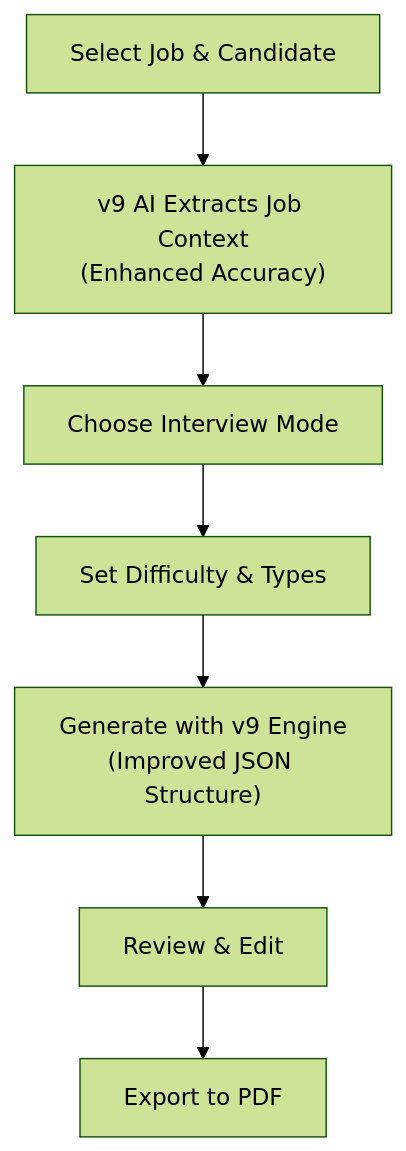
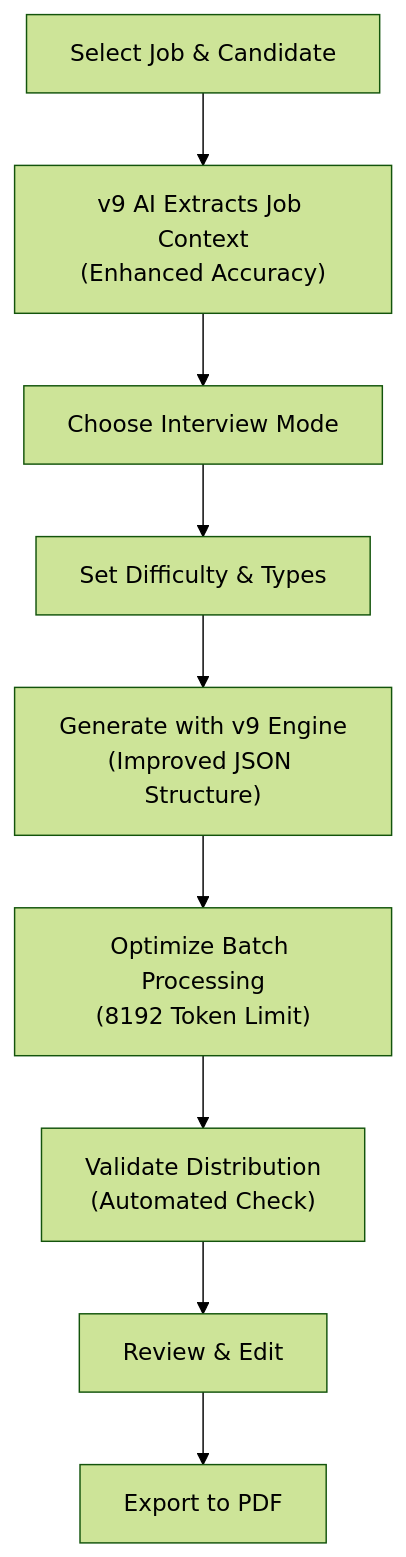
The sixth of 7 diagrams in .qoder/repowiki/en/content/Core Features/Interview Question Generator/Interview Question Generator.md (zmyeo54/briefroom), drawn with Mermaid (forest theme) before and after one commit. The commit also changed other lines of this file and 13 other files, not shown here.

Commit message:
Remove obsolete files related to the LineCheck React + Vite Web App and add new documentation for Tailwind CSS v4 with custom design tokens and glass-morphism UI. Update index.yaml with the latest export timestamp.

````diff
--- a/.qoder/repowiki/en/content/Core Features/Interview Question Generator/Interview Question Generator.md
+++ b/.qoder/repowiki/en/content/Core Features/Interview Question Generator/Interview Question Generator.md
@@ -349,9 +408,11 @@
 ```mermaid
 flowchart TD
 A["Select Job & Candidate"] --> B["v9 AI Extracts Job Context<br/>(Enhanced Accuracy)"]
 B --> C["Choose Interview Mode"]
 C --> D["Set Difficulty & Types"]
 D --> E["Generate with v9 Engine<br/>(Improved JSON Structure)"]
-E --> F["Review & Edit"]
-F --> G["Export to PDF"]
+E --> F["Optimize Batch Processing<br/>(8192 Token Limit)"]
+F --> G["Validate Distribution<br/>(Automated Check)"]
+G --> H["Review & Edit"]
+H --> I["Export to PDF"]
 ```
````
